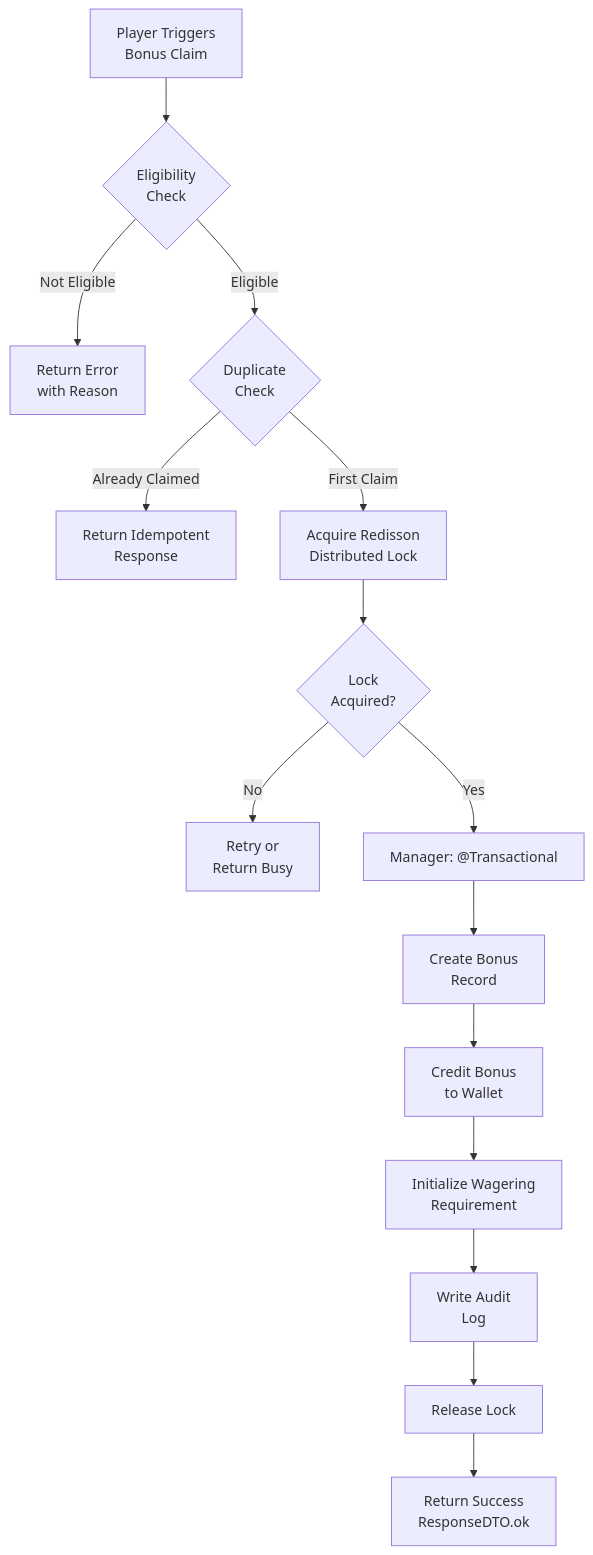
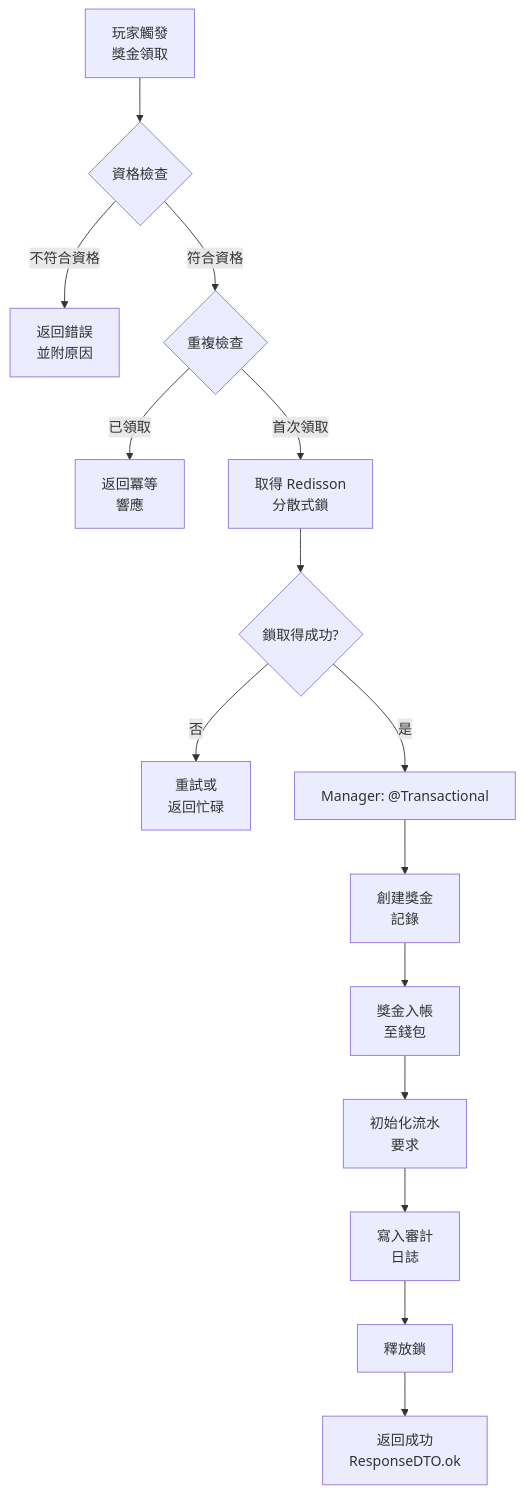
Before and after one commit to ron03wlb/smart-admin: the diagram in docs/iGaming/architecture/04_Activity_Engine/Promotion_Implementation.md, drawn with Mermaid. The commit also changed other lines of this file and 4 other files, not shown here.

````diff
--- a/docs/iGaming/architecture/04_Activity_Engine/Promotion_Implementation.md
+++ b/docs/iGaming/architecture/04_Activity_Engine/Promotion_Implementation.md
@@ -44,17 +44,17 @@
 ```mermaid
 graph TB
-    A[Player Triggers<br/>Bonus Claim] --> B{Eligibility<br/>Check}
-    B -->|Not Eligible| C[Return Error<br/>with Reason]
-    B -->|Eligible| D{Duplicate<br/>Check}
-    D -->|Already Claimed| E[Return Idempotent<br/>Response]
-    D -->|First Claim| F[Acquire Redisson<br/>Distributed Lock]
-    F --> G{Lock<br/>Acquired?}
-    G -->|No| H[Retry or<br/>Return Busy]
-    G -->|Yes| I[Manager: @Transactional]
-    I --> J[Create Bonus<br/>Record]
-    J --> K[Credit Bonus<br/>to Wallet]
-    K --> L[Initialize Wagering<br/>Requirement]
-    L --> M[Write Audit<br/>Log]
-    M --> N[Release Lock]
-    N --> O[Return Success<br/>ResponseDTO.ok]
+    A[玩家觸發<br/>獎金領取] --> B{資格檢查}
+    B -->|不符合資格| C[返回錯誤<br/>並附原因]
+    B -->|符合資格| D{重複檢查}
+    D -->|已領取| E[返回冪等<br/>響應]
+    D -->|首次領取| F[取得 Redisson<br/>分散式鎖]
+    F --> G{鎖取得成功?}
+    G -->|否| H[重試或<br/>返回忙碌]
+    G -->|是| I[Manager: @Transactional]
+    I --> J[創建獎金<br/>記錄]
+    J --> K[獎金入帳<br/>至錢包]
+    K --> L[初始化流水<br/>要求]
+    L --> M[寫入審計<br/>日誌]
+    M --> N[釋放鎖]
+    N --> O[返回成功<br/>ResponseDTO.ok]
 ```
````
